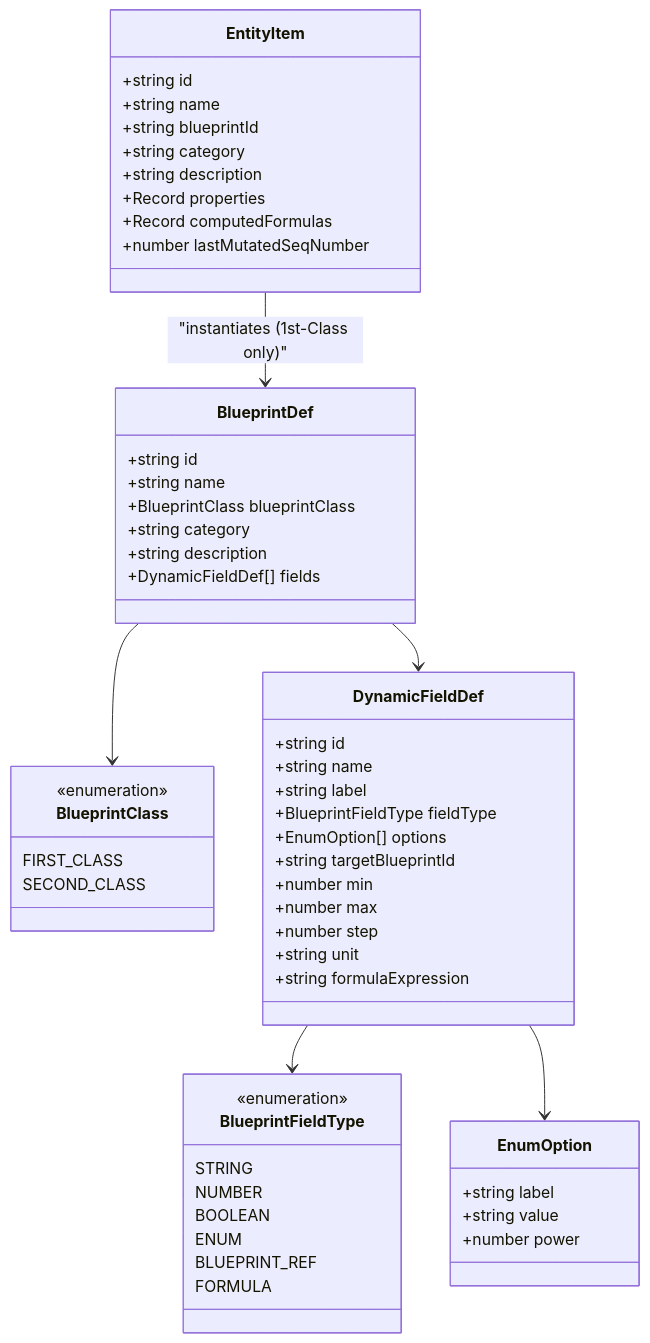
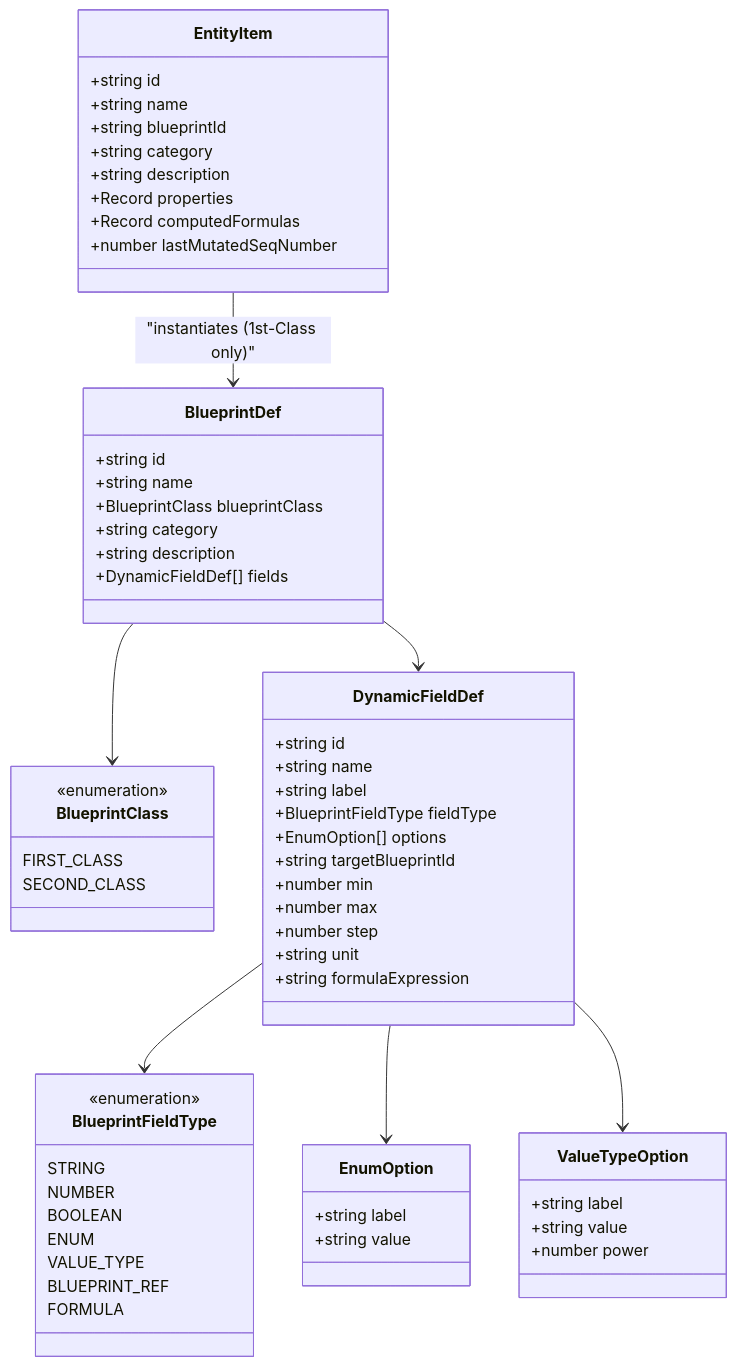
Before and after one commit to Yogesh-Kumar-Mallik-dev/NovWrite: the second of 3 diagrams in docs/FRONTEND_ARCHITECTURE.md, drawn with Mermaid. The commit also changed other lines of this file and 20 other files, not shown here.

Commit message:
feat(schema): separate pure ENUM string categories and weighted VALUE_TYPE across full stack, redis, and docs

````diff
--- a/docs/FRONTEND_ARCHITECTURE.md
+++ b/docs/FRONTEND_ARCHITECTURE.md
@@ -70,64 +70,71 @@
 ```mermaid
 classDiagram
     class BlueprintDef {
         +string id
         +string name
         +BlueprintClass blueprintClass
         +string category
         +string description
         +DynamicFieldDef[] fields
     }
 
     class BlueprintClass {
         <<enumeration>>
         FIRST_CLASS
         SECOND_CLASS
     }
 
     class DynamicFieldDef {
         +string id
         +string name
         +string label
         +BlueprintFieldType fieldType
         +EnumOption[] options
         +string targetBlueprintId
         +number min
         +number max
         +number step
         +string unit
         +string formulaExpression
     }
 
     class EnumOption {
         +string label
         +string value
+    }
+
+    class ValueTypeOption {
+        +string label
+        +string value
         +number power
     }
 
     class BlueprintFieldType {
         <<enumeration>>
         STRING
         NUMBER
         BOOLEAN
         ENUM
+        VALUE_TYPE
         BLUEPRINT_REF
         FORMULA
     }
 
     class EntityItem {
         +string id
         +string name
         +string blueprintId
         +string category
         +string description
         +Record properties
         +Record computedFormulas
         +number lastMutatedSeqNumber
     }
 
     BlueprintDef --> BlueprintClass
     BlueprintDef --> DynamicFieldDef
     DynamicFieldDef --> BlueprintFieldType
     DynamicFieldDef --> EnumOption
+    DynamicFieldDef --> ValueTypeOption
     EntityItem --> BlueprintDef : "instantiates (1st-Class only)"
 ```
````
